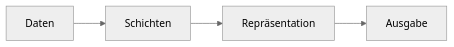
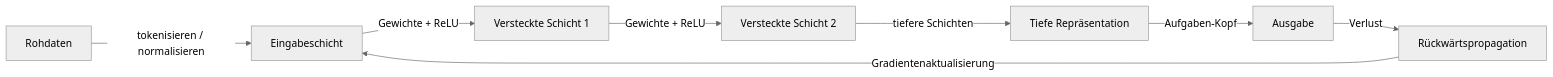
One commit to EmersonBraun/ai-summary-hub changed the diagram in i18n/de/docusaurus-plugin-content-docs/current/fundamentals/deep-learning.md. Above: the diagram before and after it, drawn with Mermaid (neutral theme). The commit also changed other lines of this file and 178 other files, not shown here.

````diff
--- a/i18n/de/docusaurus-plugin-content-docs/current/fundamentals/deep-learning.md
+++ b/i18n/de/docusaurus-plugin-content-docs/current/fundamentals/deep-learning.md
@@ -17,6 +21,10 @@
 ```mermaid
 flowchart LR
-  Data[Daten] --> Layers[Schichten]
-  Layers --> Representation[Repräsentation]
-  Representation --> Output[Ausgabe]
+  Data[Rohdaten] -->|tokenisieren / normalisieren| Input[Eingabeschicht]
+  Input -->|Gewichte + ReLU| Hidden1[Versteckte Schicht 1]
+  Hidden1 -->|Gewichte + ReLU| Hidden2[Versteckte Schicht 2]
+  Hidden2 -->|tiefere Schichten| DeepRepr[Tiefe Repräsentation]
+  DeepRepr -->|Aufgaben-Kopf| Output[Ausgabe]
+  Output -->|Verlust| Backprop[Rückwärtspropagation]
+  Backprop -->|Gradientenaktualisierung| Input
 ```
````
